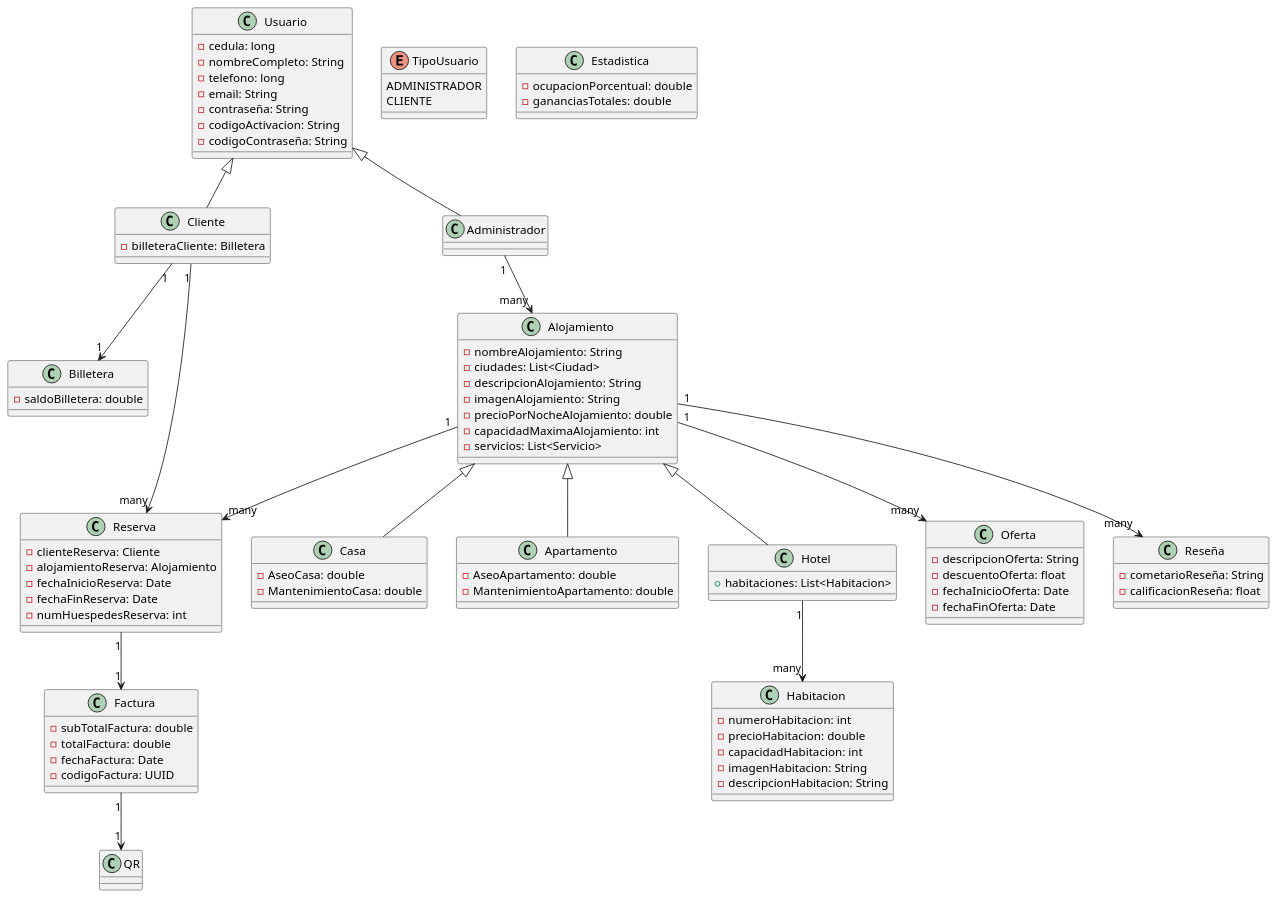
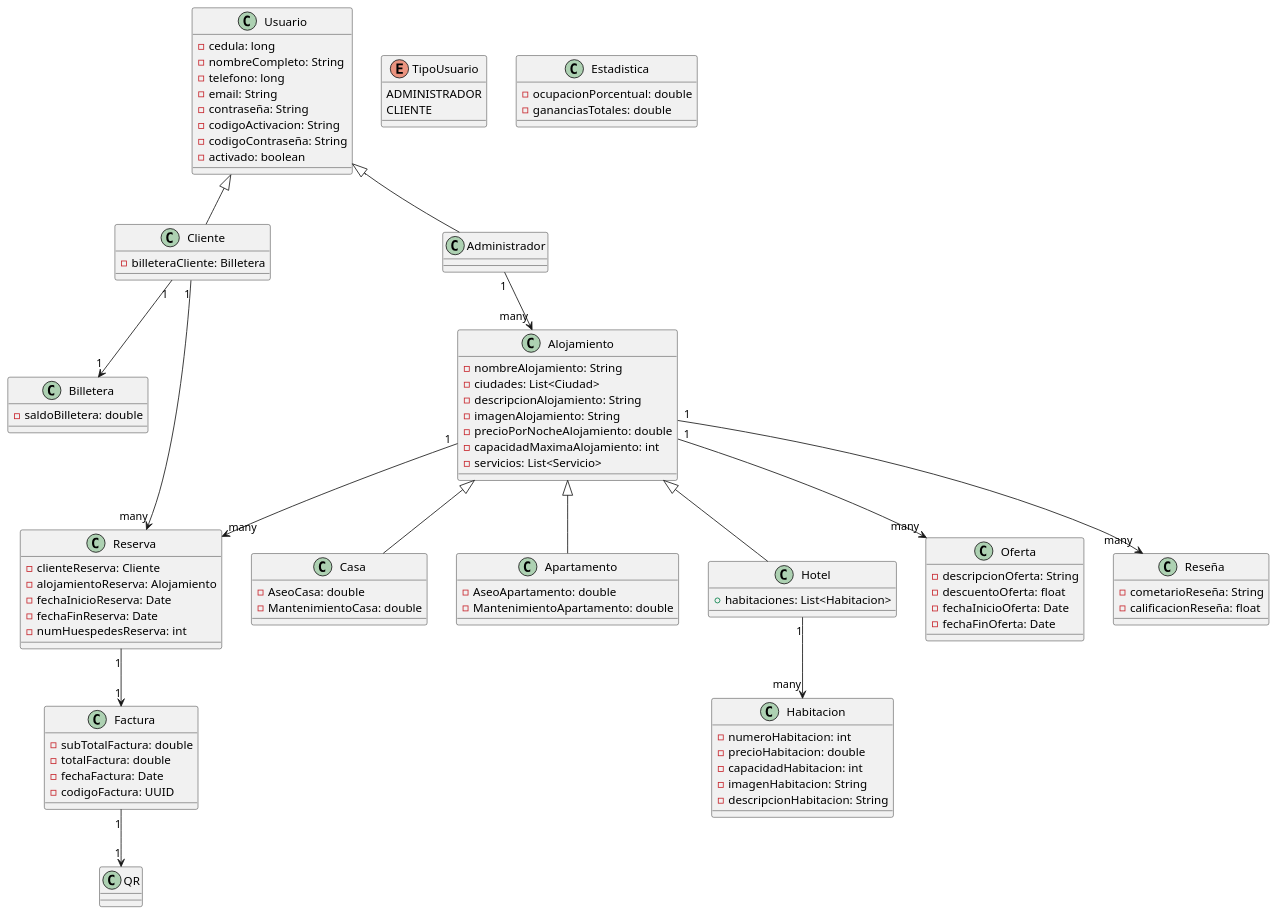
One commit to RedRos41/Programacion_2 changed the diagram in src/main/resources/img/DiagramaDeClases.puml. Above: the diagram before and after it, drawn with PlantUML. The commit also changed 2 other files, not shown here.

Commit message:
Se actualizan los modelos y se actualiza el DiagramaDeClases.puml.

```diff
--- a/src/main/resources/img/DiagramaDeClases.puml
+++ b/src/main/resources/img/DiagramaDeClases.puml
@@ -1,107 +1,108 @@
 @startuml
 'https://plantuml.com/sequence-diagram
 
 class Usuario {
     - cedula: long
     - nombreCompleto: String
     - telefono: long
     - email: String
     - contraseña: String
     - codigoActivacion: String
     - codigoContraseña: String
+    - activado: boolean
 }
 
 enum TipoUsuario {
     ADMINISTRADOR
     CLIENTE
 }
 
 class Cliente extends Usuario {
     - billeteraCliente: Billetera
 }
 
 class Administrador extends Usuario {
 }
 
 class Alojamiento {
     - nombreAlojamiento: String
     - ciudades: List<Ciudad>
     - descripcionAlojamiento: String
     - imagenAlojamiento: String
     - precioPorNocheAlojamiento: double
     - capacidadMaximaAlojamiento: int
     - servicios: List<Servicio>
 }
 
 class Casa extends Alojamiento {
     - AseoCasa: double
     - MantenimientoCasa: double
 }
 
 class Apartamento extends Alojamiento {
     - AseoApartamento: double
     - MantenimientoApartamento: double
 }
 
 class Hotel extends Alojamiento {
     + habitaciones: List<Habitacion>
 }
 
 class Habitacion {
     - numeroHabitacion: int
     - precioHabitacion: double
     - capacidadHabitacion: int
     - imagenHabitacion: String
     - descripcionHabitacion: String
 }
 
 class Billetera {
     - saldoBilletera: double
 }
 
 class Reserva {
     - clienteReserva: Cliente
     - alojamientoReserva: Alojamiento
     - fechaInicioReserva: Date
     - fechaFinReserva: Date
     - numHuespedesReserva: int
 }
 
 class Factura {
     - subTotalFactura: double
     - totalFactura: double
     - fechaFactura: Date
     - codigoFactura: UUID
 }
 
 class Oferta {
     - descripcionOferta: String
     - descuentoOferta: float
     - fechaInicioOferta: Date
     - fechaFinOferta: Date
 }
 
 class Estadistica {
     - ocupacionPorcentual: double
     - gananciasTotales: double
 }
 
 class Reseña {
     - cometarioReseña: String
     - calificacionReseña: float
 }
 
 class QR {
 }
 
 Cliente "1" --> "1" Billetera
 Administrador "1" --> "many" Alojamiento
 Cliente "1" --> "many" Reserva
 Alojamiento "1" --> "many" Oferta
 Alojamiento "1" --> "many" Reseña
 Alojamiento "1" --> "many" Reserva
 Reserva "1" --> "1" Factura
 Factura "1" --> "1" QR
 Hotel "1" --> "many" Habitacion
 
 @enduml
```
